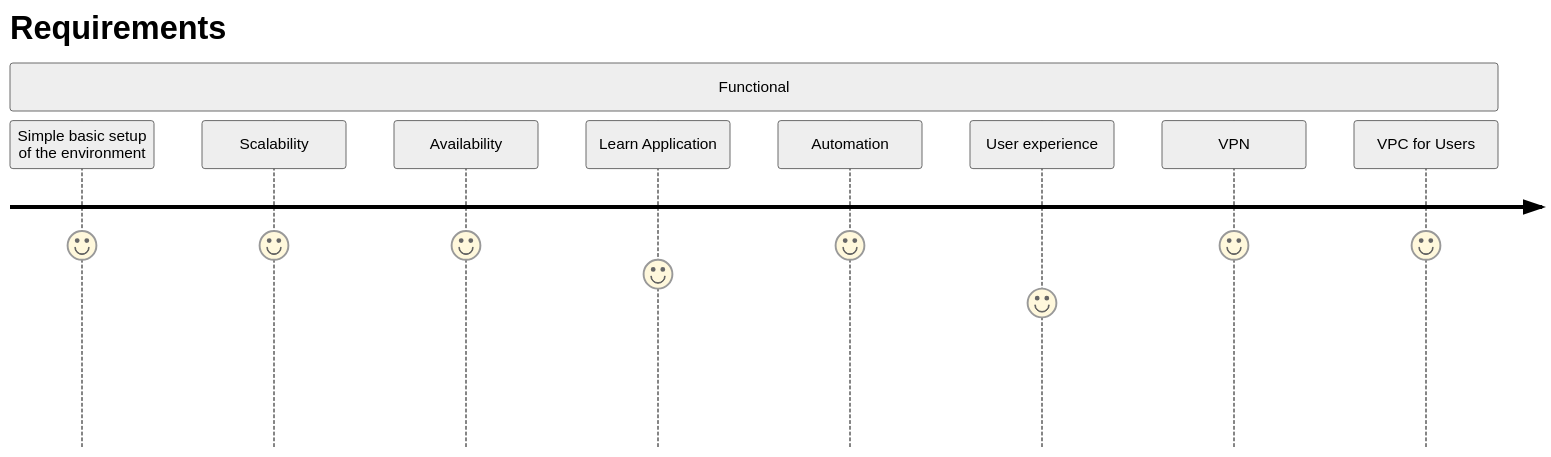
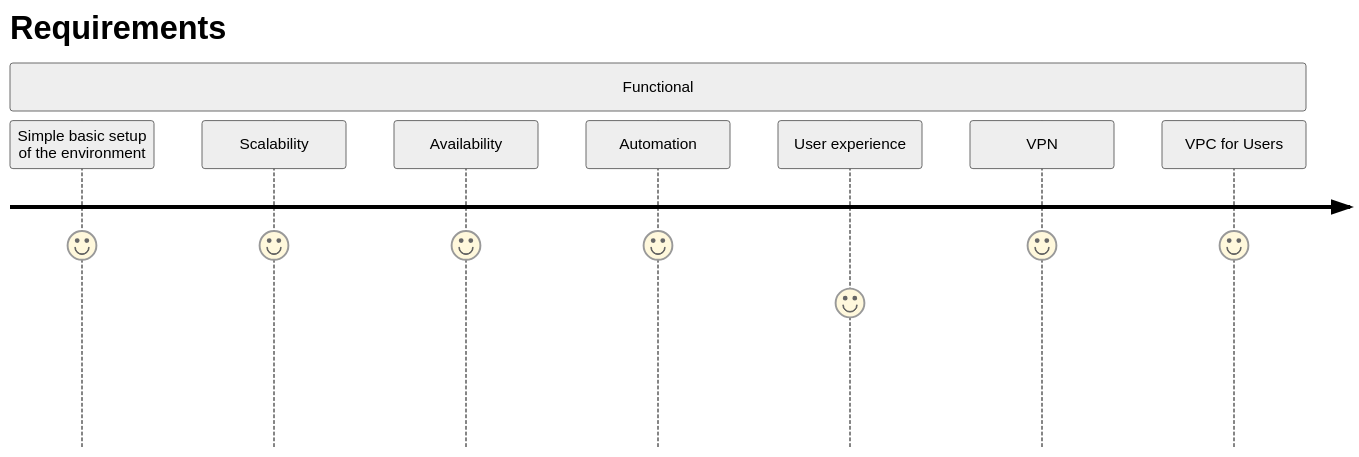
Before and after one commit to noahzmr/deploy-server-services-and-automate-administration-tasks: the second of 5 diagrams in README.md, drawn with Mermaid (neutral theme). The commit also changed other lines of this file, not shown here.

````diff
--- a/README.md
+++ b/README.md
@@ -125,13 +126,12 @@
 ```mermaid
 journey
     title Requirements
     section Functional
       Simple basic setup of the environment: 7
       Scalability: 7
       Availability: 7
-      Learn Application: 6
       Automation: 7
       User experience: 5
       VPN: 7
       VPC for Users: 7
 ```
````
